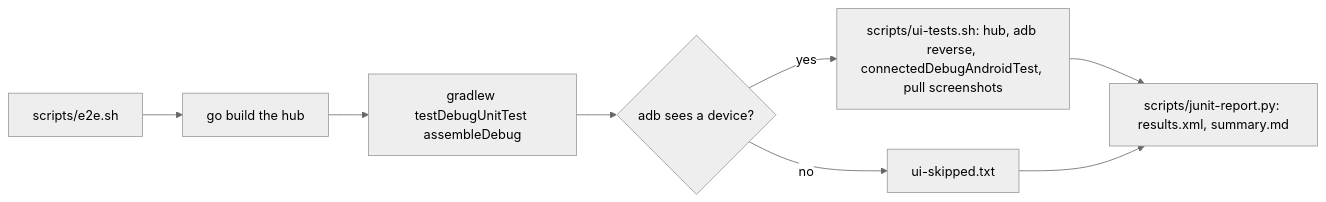
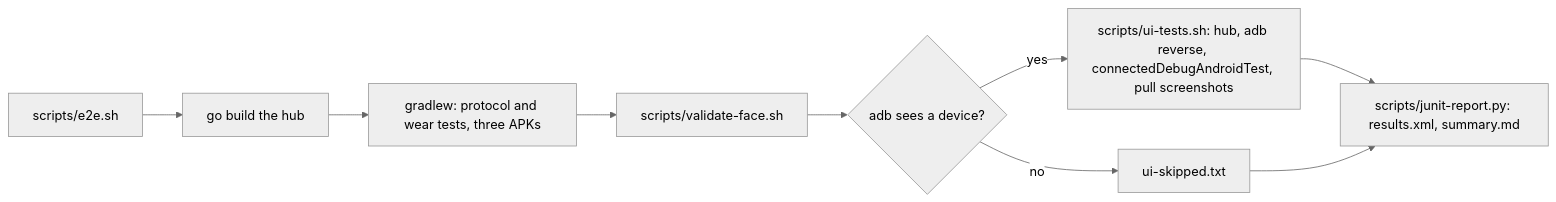
One commit to notmarkopadjen/muxway-android changed the third of 3 diagrams in docs/testing.md. Above: the diagram before and after it, drawn with Mermaid (neutral theme). The commit also changed other lines of this file and 10 other files, not shown here.

````diff
--- a/docs/testing.md
+++ b/docs/testing.md
@@ -87,10 +88,11 @@
 ```mermaid
 flowchart LR
     E[scripts/e2e.sh] --> B[go build the hub]
-    B --> G[gradlew testDebugUnitTest assembleDebug]
-    G --> D{adb sees a device?}
+    B --> G[gradlew: protocol and wear tests, three APKs]
+    G --> F[scripts/validate-face.sh]
+    F --> D{adb sees a device?}
     D -- yes --> U[scripts/ui-tests.sh: hub, adb reverse, connectedDebugAndroidTest, pull screenshots]
     D -- no --> S[ui-skipped.txt]
     U --> R[scripts/junit-report.py: results.xml, summary.md]
     S --> R
 ```
````
